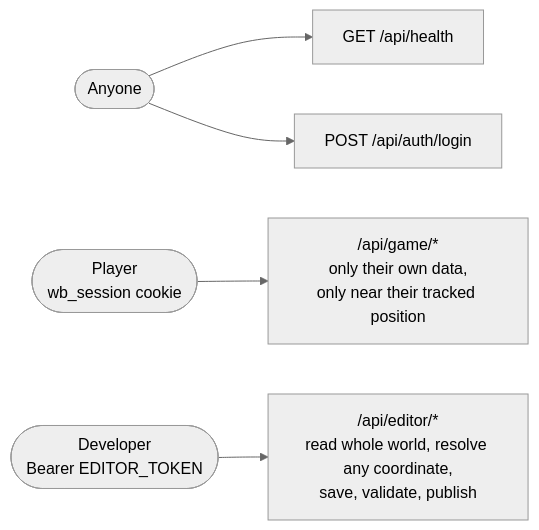
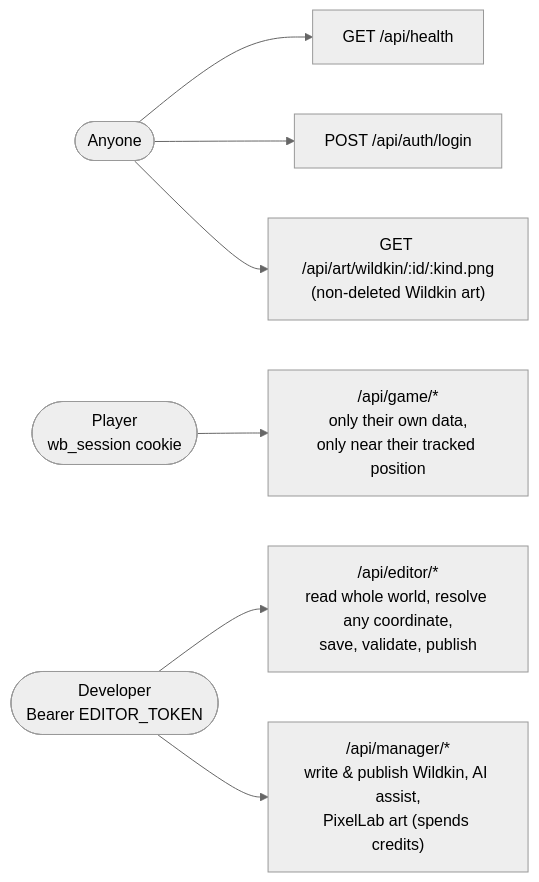
One commit to samceracas/wildbound changed the first of 2 diagrams in docs/08-security.md. Above: the diagram before and after it, drawn with Mermaid (neutral theme). The commit also changed other lines of this file and 21 other files, not shown here.

````diff
--- a/docs/08-security.md
+++ b/docs/08-security.md
@@ -22,7 +23,9 @@
 ```mermaid
 flowchart LR
     anon(["Anyone"]) --> h["GET /api/health"]
     anon --> login["POST /api/auth/login"]
     player(["Player<br/>wb_session cookie"]) --> game["/api/game/*<br/>only their own data,<br/>only near their tracked position"]
     editor(["Developer<br/>Bearer EDITOR_TOKEN"]) --> ed["/api/editor/*<br/>read whole world, resolve any coordinate,<br/>save, validate, publish"]
+    editor --> mg["/api/manager/*<br/>write & publish Wildkin, AI assist,<br/>PixelLab art (spends credits)"]
+    anon --> art["GET /api/art/wildkin/:id/:kind.png<br/>(non-deleted Wildkin art)"]
 ```
````
